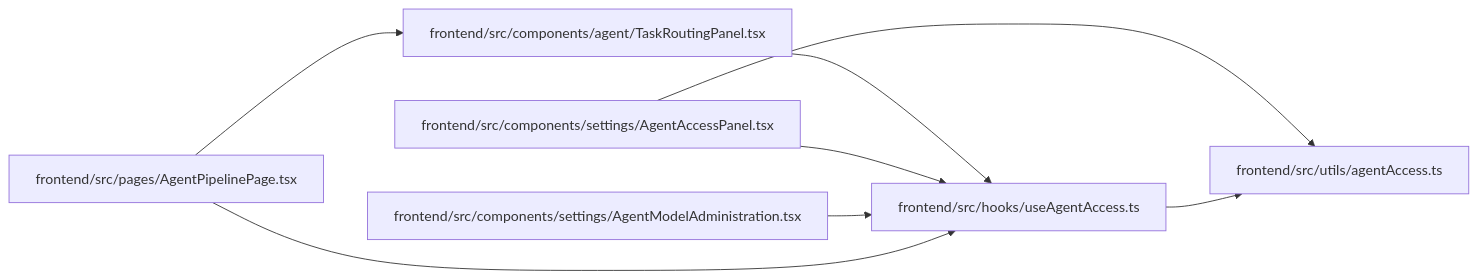
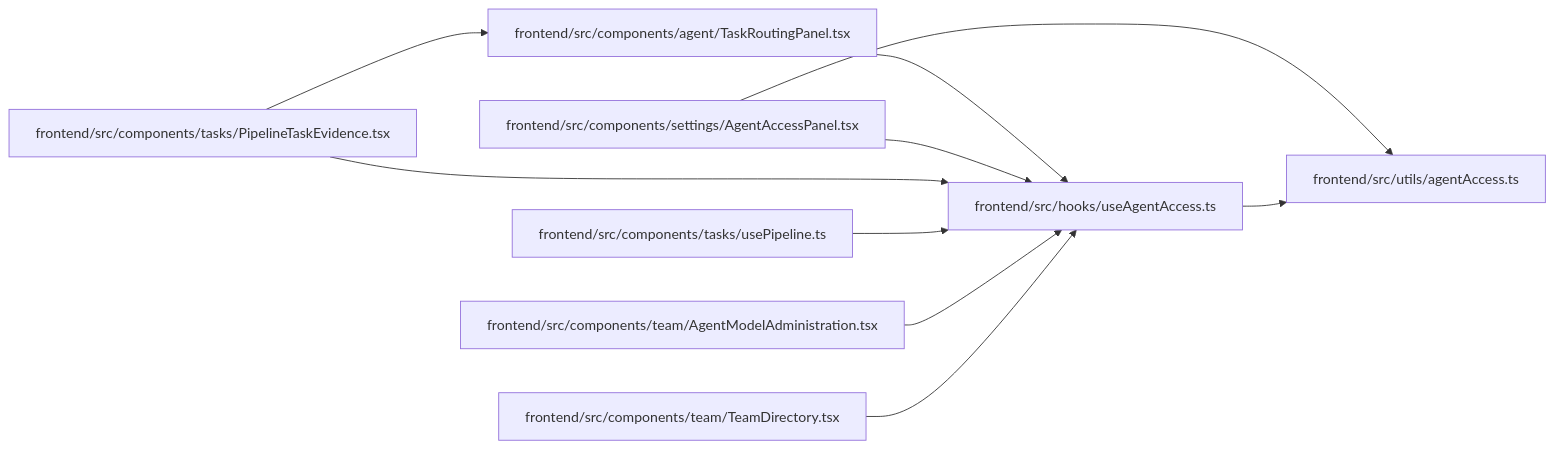
Before and after one commit to Denissvgn/WorkChord: the diagram in docs/llm_wiki/modules/useAgentAccess.md, drawn with Mermaid. The commit also changed other lines of this file and 2373 other files, not shown here.

````diff
--- a/docs/llm_wiki/modules/useAgentAccess.md
+++ b/docs/llm_wiki/modules/useAgentAccess.md
@@ -25,22 +25,28 @@
 ```mermaid
 flowchart LR
     n0["frontend/src/components/agent/TaskRoutingPanel.tsx"]
     n1["frontend/src/components/settings/AgentAccessPanel.tsx"]
-    n2["frontend/src/components/settings/AgentModelAdministration.tsx"]
-    n3["frontend/src/hooks/useAgentAccess.ts"]
-    n4["frontend/src/pages/AgentPipelinePage.tsx"]
-    n5["frontend/src/utils/agentAccess.ts"]
-    n0 --> n3
-    n1 --> n3
-    n1 --> n5
-    n2 --> n3
-    n3 --> n5
-    n4 --> n0
-    n4 --> n3
+    n2["frontend/src/components/tasks/PipelineTaskEvidence.tsx"]
+    n3["frontend/src/components/tasks/usePipeline.ts"]
+    n4["frontend/src/components/team/AgentModelAdministration.tsx"]
+    n5["frontend/src/components/team/TeamDirectory.tsx"]
+    n6["frontend/src/hooks/useAgentAccess.ts"]
+    n7["frontend/src/utils/agentAccess.ts"]
+    n0 --> n6
+    n1 --> n6
+    n1 --> n7
+    n2 --> n0
+    n2 --> n6
+    n3 --> n6
+    n4 --> n6
+    n5 --> n6
+    n6 --> n7
     click n0 "../modules/TaskRoutingPanel.md"
     click n1 "../modules/AgentAccessPanel.md"
-    click n2 "../modules/AgentModelAdministration.md"
-    click n3 "../modules/useAgentAccess.md"
-    click n4 "../modules/AgentPipelinePage.md"
-    click n5 "../modules/agentAccess.md"
+    click n2 "../modules/PipelineTaskEvidence.md"
+    click n3 "../modules/usePipeline.md"
+    click n4 "../modules/AgentModelAdministration.md"
+    click n5 "../modules/TeamDirectory.md"
+    click n6 "../modules/useAgentAccess.md"
+    click n7 "../modules/agentAccess.md"
 ```
````
